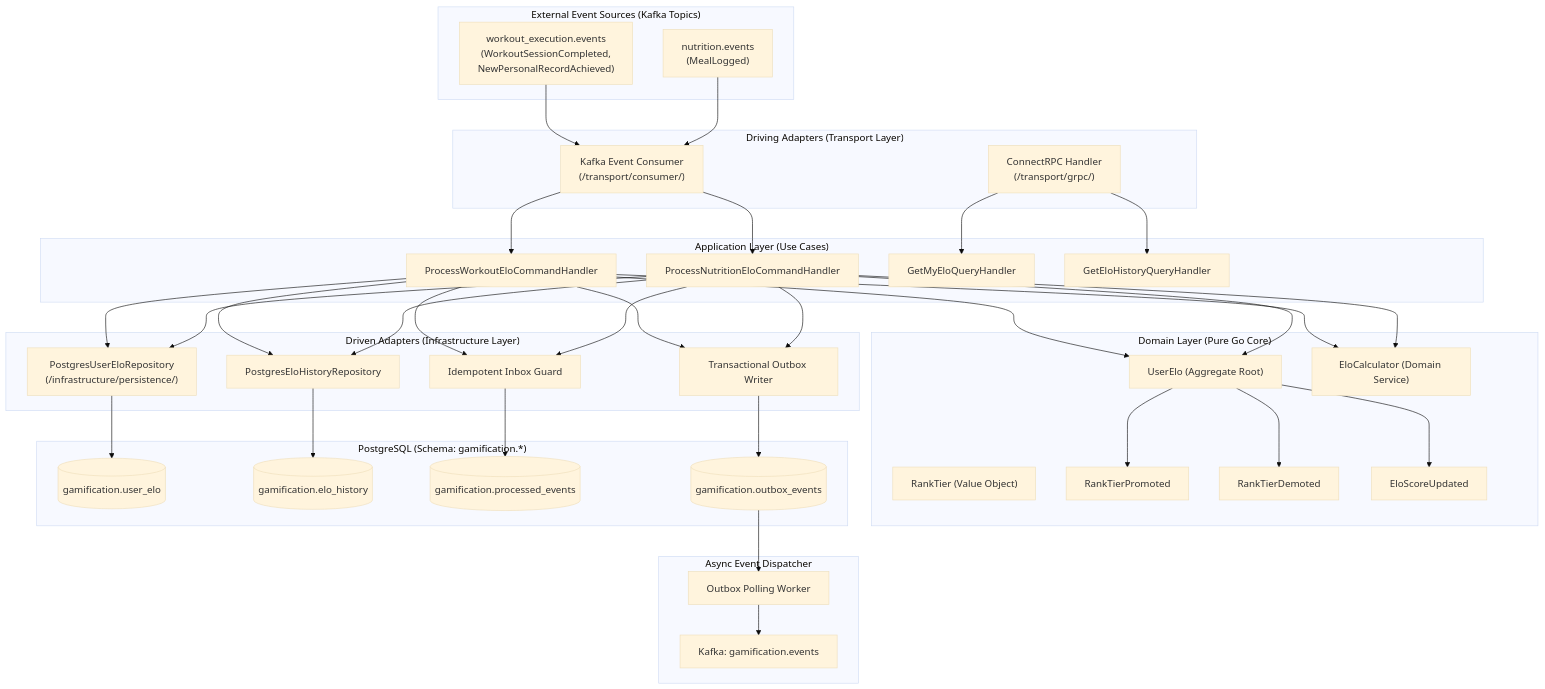
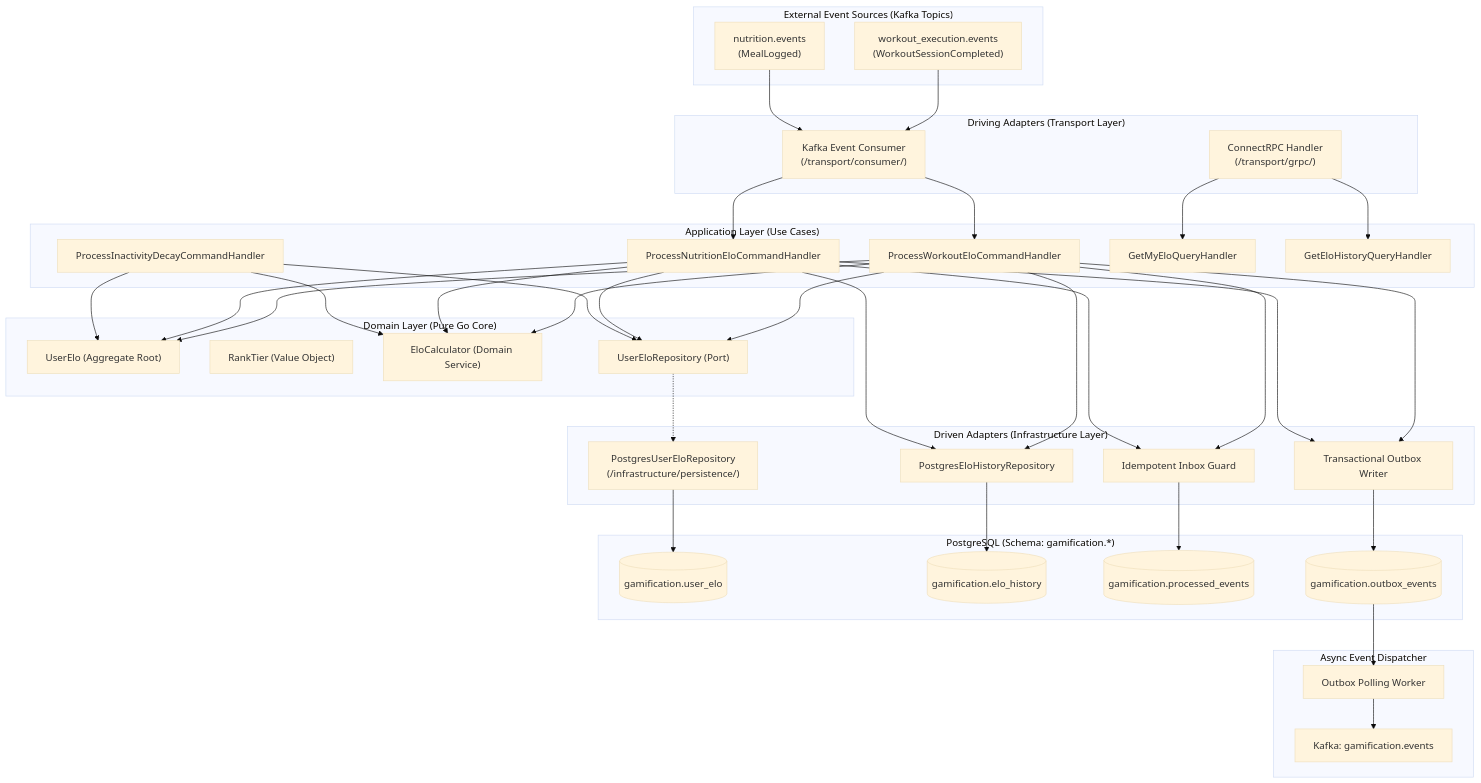
Before and after one commit to viethung213/gym-companion: the first of 7 diagrams in internal/gamification/docs/features/elo-and-rank-tiers/02-design.md, drawn with Mermaid (base theme). The commit also changed other lines of this file and 3 other files, not shown here.

````diff
--- a/internal/gamification/docs/features/elo-and-rank-tiers/02-design.md
+++ b/internal/gamification/docs/features/elo-and-rank-tiers/02-design.md
@@ -17,62 +17,62 @@
 ```mermaid
 flowchart TD
     subgraph ExternalSources["External Event Sources (Kafka Topics)"]
-        W_EVT["workout_execution.events<br/>(WorkoutSessionCompleted,<br/>NewPersonalRecordAchieved)"]
+        W_EVT["workout_execution.events<br/>(WorkoutSessionCompleted)"]
         N_EVT["nutrition.events<br/>(MealLogged)"]
     end
 
     subgraph DrivingAdapters["Driving Adapters (Transport Layer)"]
         K_CONS["Kafka Event Consumer<br/>(/transport/consumer/)"]
         RPC_SRV["ConnectRPC Handler<br/>(/transport/grpc/)"]
     end
 
     subgraph ApplicationLayer["Application Layer (Use Cases)"]
         CMD_WORKOUT["ProcessWorkoutEloCommandHandler"]
         CMD_NUTRI["ProcessNutritionEloCommandHandler"]
+        CMD_DECAY["ProcessInactivityDecayCommandHandler"]
         QRY_MY_ELO["GetMyEloQueryHandler"]
         QRY_HIST["GetEloHistoryQueryHandler"]
     end
 
     subgraph DomainLayer["Domain Layer (Pure Go Core)"]
         AGG_ELO["UserElo (Aggregate Root)"]
         VO_TIER["RankTier (Value Object)"]
         SRV_CALC["EloCalculator (Domain Service)"]
-        EVT_PROM["RankTierPromoted"]
-        EVT_DEMO["RankTierDemoted"]
-        EVT_UPD["EloScoreUpdated"]
+        PORT_REPO["UserEloRepository (Port)"]
     end
 
     subgraph DrivenAdapters["Driven Adapters (Infrastructure Layer)"]
         REPO_ELO["PostgresUserEloRepository<br/>(/infrastructure/persistence/)"]
         REPO_HIST["PostgresEloHistoryRepository"]
         INBOX["Idempotent Inbox Guard"]
         OUTBOX["Transactional Outbox Writer"]
     end
 
     subgraph Database["PostgreSQL (Schema: gamification.*)"]
         DB_ELO[("gamification.user_elo")]
         DB_HIST[("gamification.elo_history")]
         DB_INBOX[("gamification.processed_events")]
         DB_OUTBOX[("gamification.outbox_events")]
     end
 
     subgraph OutboxWorker["Async Event Dispatcher"]
         WORKER["Outbox Polling Worker"]
         TOPIC_OUT["Kafka: gamification.events"]
     end
 
     W_EVT & N_EVT --> K_CONS
     K_CONS --> CMD_WORKOUT & CMD_NUTRI
     RPC_SRV --> QRY_MY_ELO & QRY_HIST
 
-    CMD_WORKOUT & CMD_NUTRI --> AGG_ELO & SRV_CALC
-    AGG_ELO --> EVT_PROM & EVT_DEMO & EVT_UPD
+    CMD_WORKOUT & CMD_NUTRI & CMD_DECAY --> AGG_ELO & SRV_CALC
+    CMD_WORKOUT & CMD_NUTRI & CMD_DECAY --> PORT_REPO
+    PORT_REPO -.-> REPO_ELO
 
-    CMD_WORKOUT & CMD_NUTRI --> INBOX & REPO_ELO & REPO_HIST & OUTBOX
+    CMD_WORKOUT & CMD_NUTRI --> INBOX & REPO_HIST & OUTBOX
     INBOX --> DB_INBOX
     REPO_ELO --> DB_ELO
     REPO_HIST --> DB_HIST
     OUTBOX --> DB_OUTBOX
 
     DB_OUTBOX --> WORKER --> TOPIC_OUT
 ```
````
